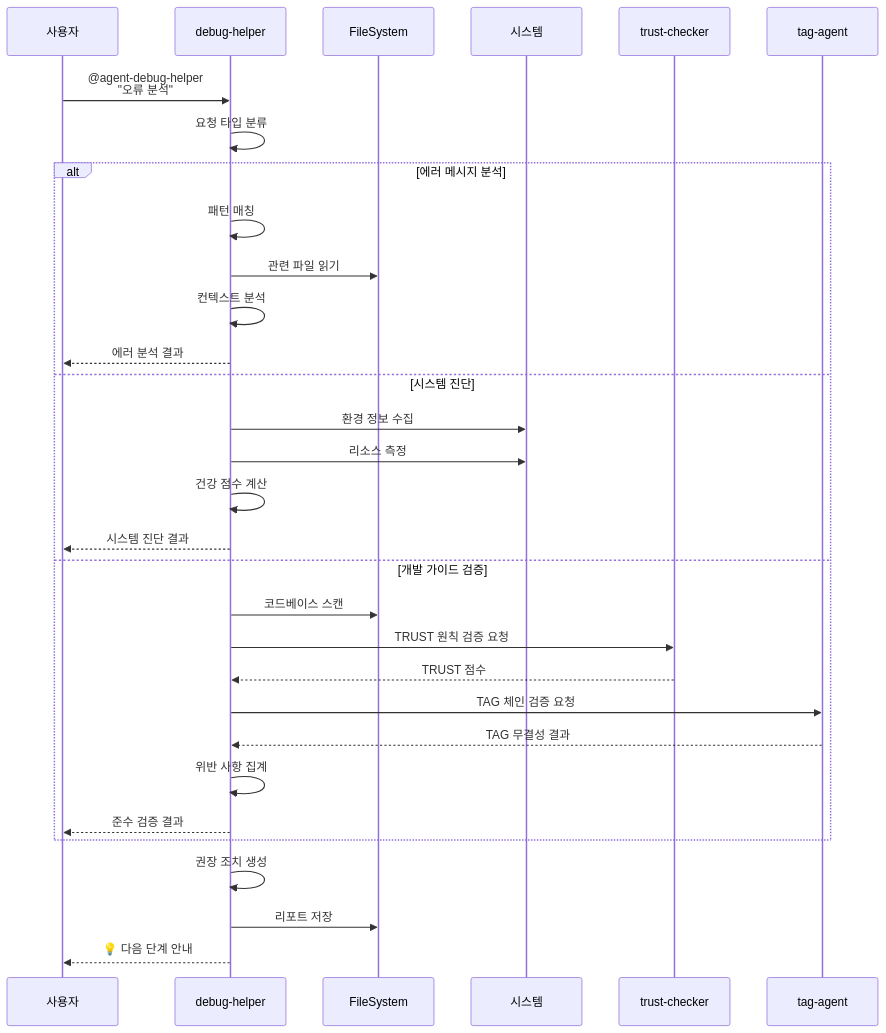
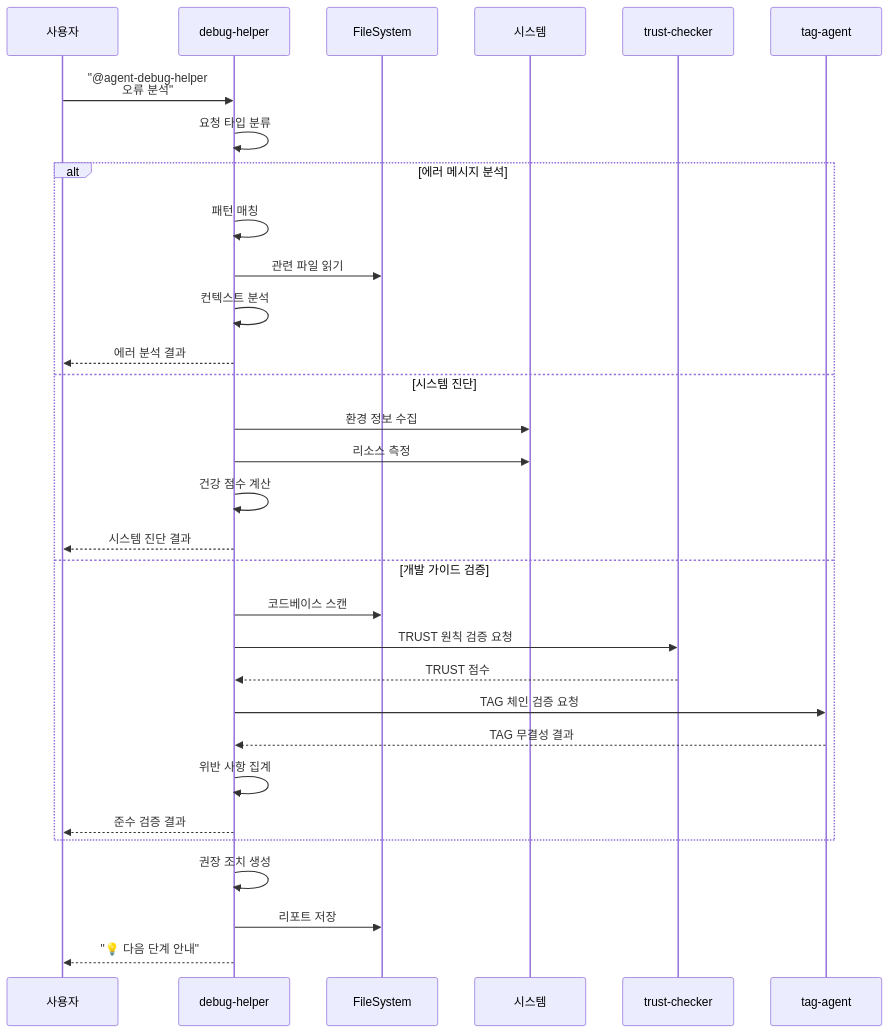
The third of 3 diagrams in docs/claude/agents/debug-helper.md (modu-ai/moai-adk), drawn with Mermaid before and after one commit. The commit also changed other lines of this file and 19 other files, not shown here.

First line of the commit message:
🎨 fix: docs 전체 Mermaid 다이어그램 특수문자 오류 수정 (19개 파일)

````diff
--- a/docs/claude/agents/debug-helper.md
+++ b/docs/claude/agents/debug-helper.md
@@ -661,40 +661,40 @@
 ```mermaid
 sequenceDiagram
     participant U as 사용자
     participant DH as debug-helper
     participant FS as FileSystem
     participant SYS as 시스템
     participant TC as trust-checker
     participant TA as tag-agent
 
-    U->>DH: @agent-debug-helper<br/>"오류 분석"
+    U->>DH: "@agent-debug-helper<br/>오류 분석"
 
     DH->>DH: 요청 타입 분류
 
     alt 에러 메시지 분석
         DH->>DH: 패턴 매칭
         DH->>FS: 관련 파일 읽기
         DH->>DH: 컨텍스트 분석
         DH-->>U: 에러 분석 결과
 
     else 시스템 진단
         DH->>SYS: 환경 정보 수집
         DH->>SYS: 리소스 측정
         DH->>DH: 건강 점수 계산
         DH-->>U: 시스템 진단 결과
 
     else 개발 가이드 검증
         DH->>FS: 코드베이스 스캔
         DH->>TC: TRUST 원칙 검증 요청
         TC-->>DH: TRUST 점수
         DH->>TA: TAG 체인 검증 요청
         TA-->>DH: TAG 무결성 결과
         DH->>DH: 위반 사항 집계
         DH-->>U: 준수 검증 결과
     end
 
     DH->>DH: 권장 조치 생성
     DH->>FS: 리포트 저장
 
-    DH-->>U: 💡 다음 단계 안내
+    DH-->>U: "💡 다음 단계 안내"
 ```
````
